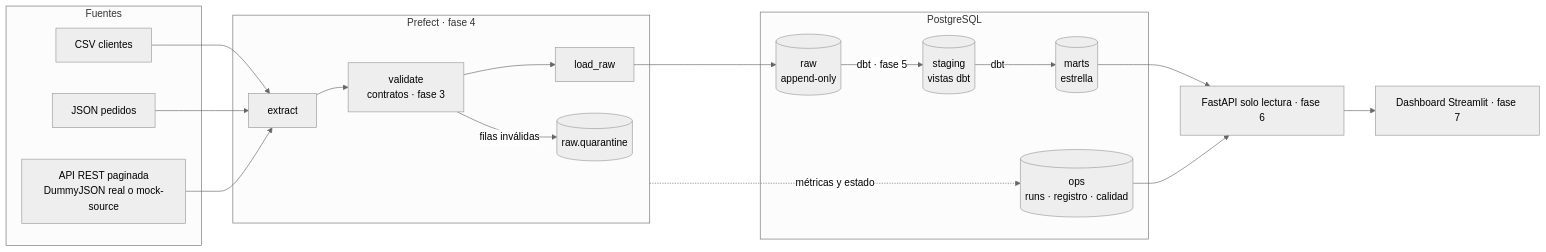
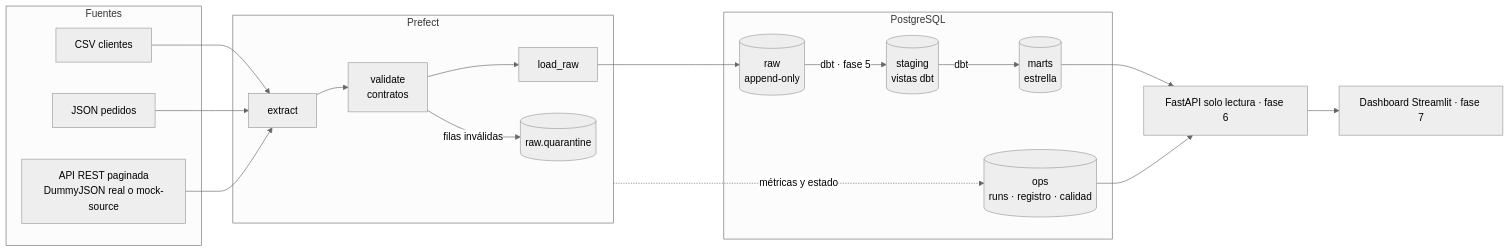
One commit to JuanSGarciaC/datapulse changed the first of 3 diagrams in docs/architecture.md. Above: the diagram before and after it, drawn with Mermaid (neutral theme). The commit also changed other lines of this file and 16 other files, not shown here.

First line of the commit message:
feat: fase 4 - orquestación con Prefect

````diff
--- a/docs/architecture.md
+++ b/docs/architecture.md
@@ -8,30 +8,30 @@
 ```mermaid
 flowchart LR
     subgraph Fuentes
         CSV[CSV clientes]
         JSON[JSON pedidos]
         API[API REST paginada<br/>DummyJSON real o mock-source]
     end
 
-    subgraph Orquestación["Prefect · fase 4"]
-        EX[extract] --> VA[validate<br/>contratos · fase 3] --> LO[load_raw]
+    subgraph Orquestación["Prefect"]
+        EX[extract] --> VA[validate<br/>contratos] --> LO[load_raw]
         VA -- filas inválidas --> Q[(raw.quarantine)]
     end
 
     subgraph PostgreSQL
         RAW[(raw<br/>append-only)]
         STG[(staging<br/>vistas dbt)]
         MART[(marts<br/>estrella)]
         OPS[(ops<br/>runs · registro · calidad)]
     end
 
     CSV --> EX
     JSON --> EX
     API --> EX
     LO --> RAW
     RAW -- dbt · fase 5 --> STG -- dbt --> MART
     Orquestación -. métricas y estado .-> OPS
     MART --> FAPI[FastAPI solo lectura · fase 6]
     OPS --> FAPI
     FAPI --> DASH[Dashboard Streamlit · fase 7]
 ```
````
